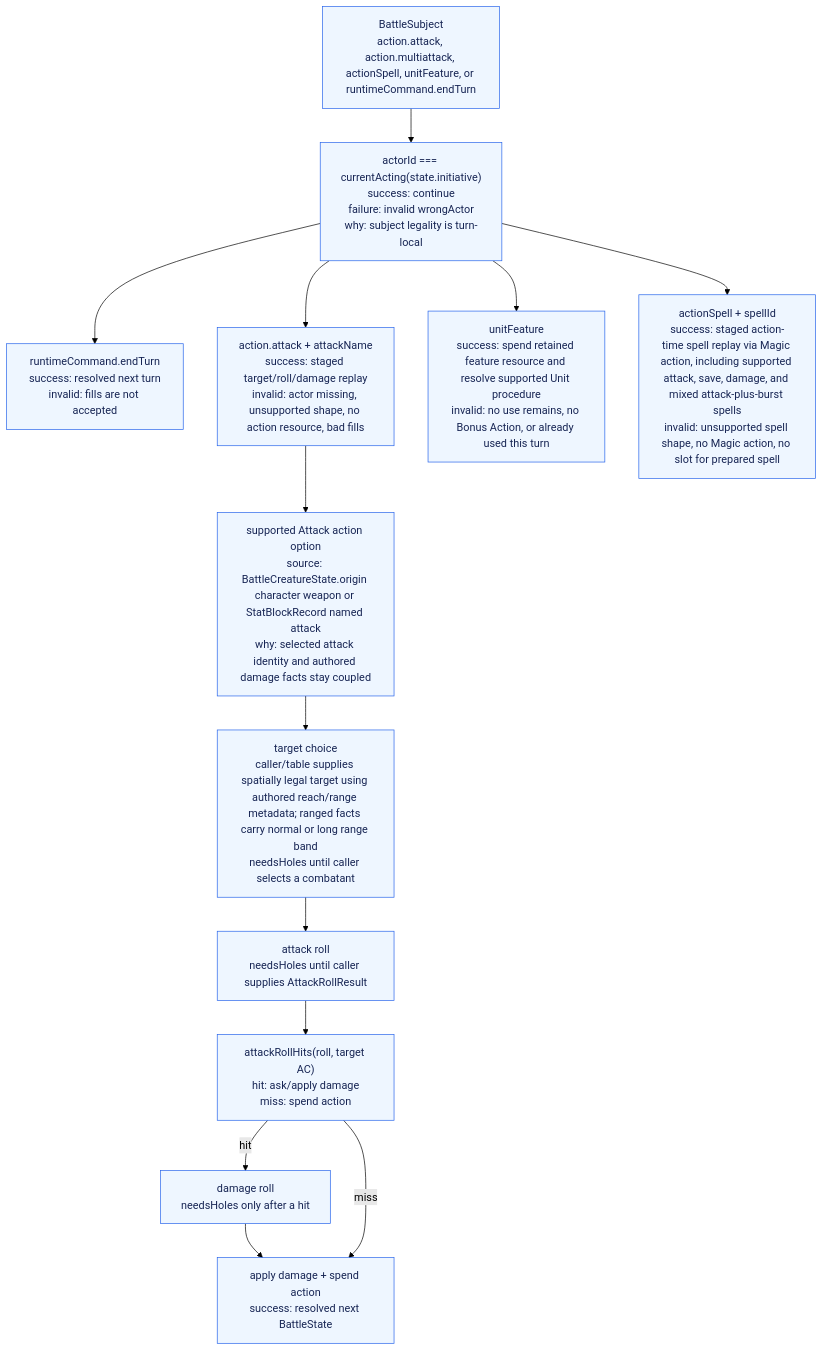
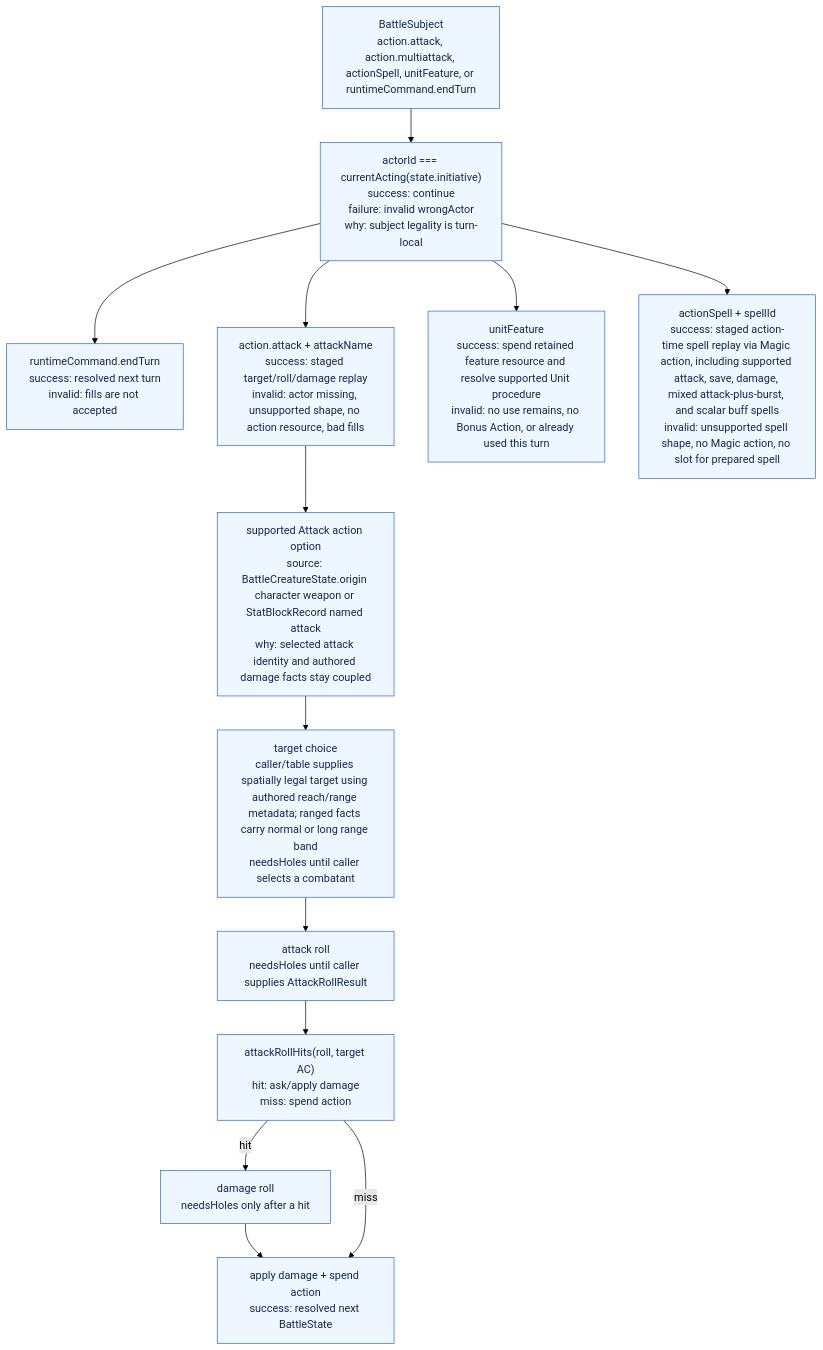
One commit to dearlordylord/5e-quint changed the second of 2 diagrams in packages/battle-runtime/ARCHITECTURE_GRAPH.md. Above: the diagram before and after it, drawn with Mermaid (forest theme). The commit also changed 17 other files, not shown here.

Commit message:
Promote scalar buff spell runtime

````diff
--- a/packages/battle-runtime/ARCHITECTURE_GRAPH.md
+++ b/packages/battle-runtime/ARCHITECTURE_GRAPH.md
@@ -93,26 +93,26 @@
 ```mermaid
 flowchart TD
   Subject["BattleSubject<br/>action.attack, action.multiattack, actionSpell, unitFeature, or runtimeCommand.endTurn"]
   CurrentActor["actorId === currentActing(state.initiative)<br/>success: continue<br/>failure: invalid wrongActor<br/>why: subject legality is turn-local"]
   EndTurn["runtimeCommand.endTurn<br/>success: resolved next turn<br/>invalid: fills are not accepted"]
   Attack["action.attack + attackName<br/>success: staged target/roll/damage replay<br/>invalid: actor missing, unsupported shape, no action resource, bad fills"]
   UnitFeature["unitFeature<br/>success: spend retained feature resource and resolve supported Unit procedure<br/>invalid: no use remains, no Bonus Action, or already used this turn"]
-  Magic["actionSpell + spellId<br/>success: staged action-time spell replay via Magic action, including supported attack, save, damage, and mixed attack-plus-burst spells<br/>invalid: unsupported spell shape, no Magic action, no slot for prepared spell"]
+  Magic["actionSpell + spellId<br/>success: staged action-time spell replay via Magic action, including supported attack, save, damage, mixed attack-plus-burst, and scalar buff spells<br/>invalid: unsupported spell shape, no Magic action, no slot for prepared spell"]
   AttackOption["supported Attack action option<br/>source: BattleCreatureState.origin character weapon or StatBlockRecord named attack<br/>why: selected attack identity and authored damage facts stay coupled"]
   Target["target choice<br/>caller/table supplies spatially legal target using authored reach/range metadata; ranged facts carry normal or long range band<br/>needsHoles until caller selects a combatant"]
   Roll["attack roll<br/>needsHoles until caller supplies AttackRollResult"]
   HitCheck["attackRollHits(roll, target AC)<br/>hit: ask/apply damage<br/>miss: spend action"]
   DamageHole["damage roll<br/>needsHoles only after a hit"]
   Apply["apply damage + spend action<br/>success: resolved next BattleState"]
 
   Subject --> CurrentActor
   CurrentActor --> EndTurn
   CurrentActor --> Attack --> AttackOption --> Target --> Roll --> HitCheck
   CurrentActor --> UnitFeature
   CurrentActor --> Magic
   HitCheck -->|hit| DamageHole --> Apply
   HitCheck -->|miss| Apply
 
   classDef implemented fill:#eef6ff,stroke:#2563eb,color:#172554;
   class Subject,CurrentActor,EndTurn,Attack,UnitFeature,Magic,AttackOption,Target,Roll,HitCheck,DamageHole,Apply implemented;
 ```
````
